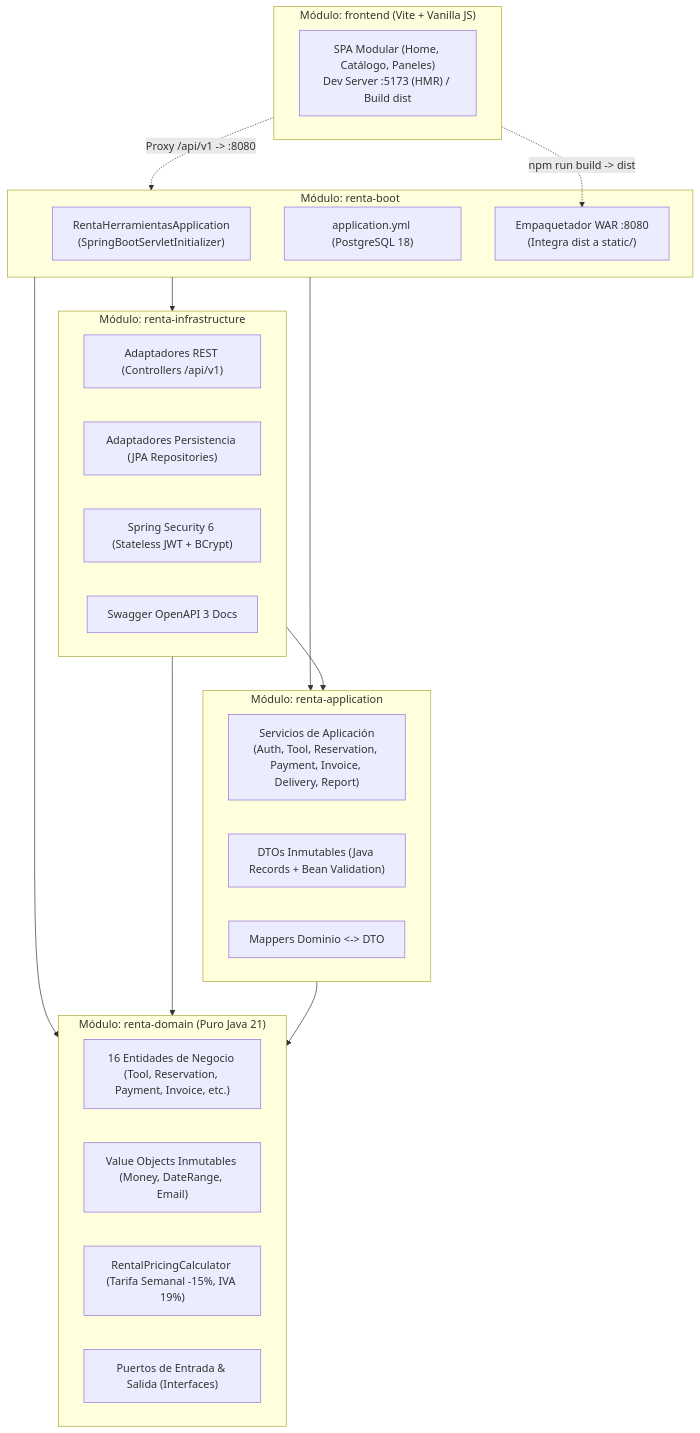
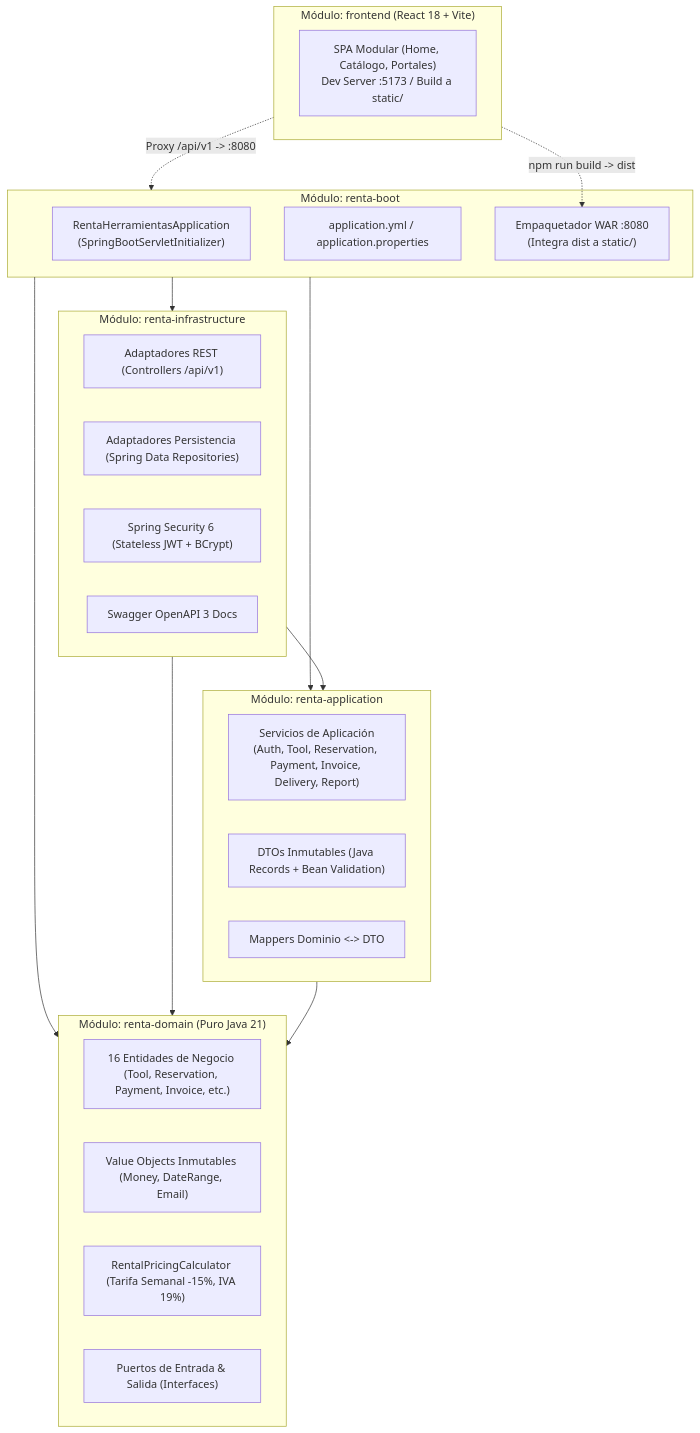
Before and after one commit to Jsebastiansalas/proyecto-springboot: the diagram in README.md, drawn with Mermaid. The commit also changed other lines of this file and 5 other files, not shown here.

Commit message:
docs: completar documentacion oficial, diagrama ER imagen, scripts MySQL y delete en postman

````diff
--- a/README.md
+++ b/README.md
@@ -11,41 +27,41 @@
 ```mermaid
 flowchart TD
-    subgraph Frontend ["Módulo: frontend (Vite + Vanilla JS)"]
-        UI["SPA Modular (Home, Catálogo, Paneles)\nDev Server :5173 (HMR) / Build dist"]
+    subgraph Frontend ["Módulo: frontend (React 18 + Vite)"]
+        UI["SPA Modular (Home, Catálogo, Portales)\nDev Server :5173 / Build a static/"]
     end
 
     subgraph Boot ["Módulo: renta-boot"]
         Main["RentaHerramientasApplication\n(SpringBootServletInitializer)"]
-        Yml["application.yml (PostgreSQL 18)"]
+        Yml["application.yml / application.properties"]
         WarPack["Empaquetador WAR :8080\n(Integra dist a static/)"]
     end
 
     subgraph Infra ["Módulo: renta-infrastructure"]
         REST["Adaptadores REST (Controllers /api/v1)"]
-        JPA["Adaptadores Persistencia (JPA Repositories)"]
+        JPA["Adaptadores Persistencia (Spring Data Repositories)"]
         Security["Spring Security 6 (Stateless JWT + BCrypt)"]
         OpenAPI["Swagger OpenAPI 3 Docs"]
     end
 
     subgraph App ["Módulo: renta-application"]
         Services["Servicios de Aplicación\n(Auth, Tool, Reservation, Payment, Invoice, Delivery, Report)"]
         DTOs["DTOs Inmutables (Java Records + Bean Validation)"]
         Mappers["Mappers Dominio <-> DTO"]
     end
 
     subgraph Domain ["Módulo: renta-domain (Puro Java 21)"]
         Entities["16 Entidades de Negocio (Tool, Reservation, Payment, Invoice, etc.)"]
         VOs["Value Objects Inmutables (Money, DateRange, Email)"]
         Calc["RentalPricingCalculator (Tarifa Semanal -15%, IVA 19%)"]
         Ports["Puertos de Entrada & Salida (Interfaces)"]
     end
 
     Frontend -. "Proxy /api/v1 -> :8080" .-> Boot
     Frontend -. "npm run build -> dist" .-> WarPack
     Boot --> Infra
     Boot --> App
     Boot --> Domain
     Infra --> App
     Infra --> Domain
     App --> Domain
 ```
````
